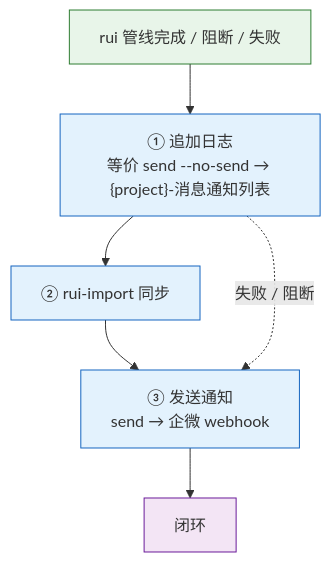
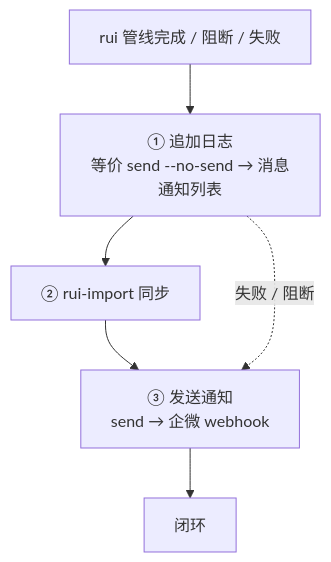
One commit to effiy/YrY changed the first of 11 diagrams in skills/rui-bot/SKILL.md. Above: the diagram before and after it, drawn with Mermaid. The commit also changed other lines of this file and 61 other files, not shown here.

````diff
--- a/skills/rui-bot/SKILL.md
+++ b/skills/rui-bot/SKILL.md
@@ -23,13 +23,10 @@
 ```mermaid
 flowchart TB
-    RUI["rui 管线完成 / 阻断 / 失败"]:::src --> LOG["① 追加日志<br/>等价 send --no-send → {project}-消息通知列表"]:::step
+    RUI["rui 管线完成 / 阻断 / 失败"]:::src --> LOG["① 追加日志<br/>等价 send --no-send → 消息通知列表"]:::step
     LOG --> SYNC["② rui-import 同步"]:::step
     SYNC --> SEND["③ 发送通知<br/>send → 企微 webhook"]:::step
     SEND --> DONE["闭环"]:::done
 
     LOG -.->|"失败 / 阻断"| SEND
 
-    classDef src fill:#e8f5e9,stroke:#2e7d32;
-    classDef step fill:#e3f2fd,stroke:#1565c0;
-    classDef done fill:#f3e5f5,stroke:#6a1b9a;
 ```
````
